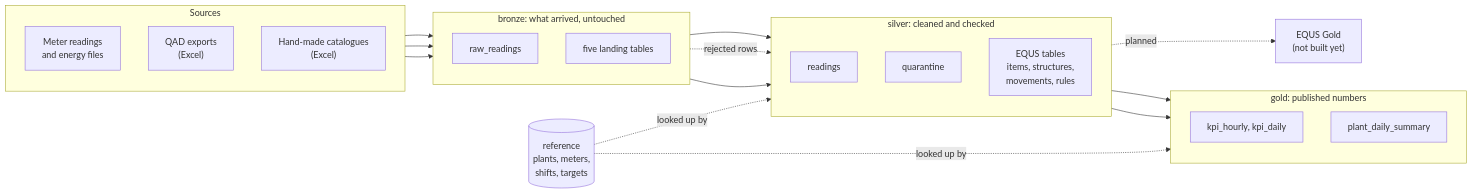
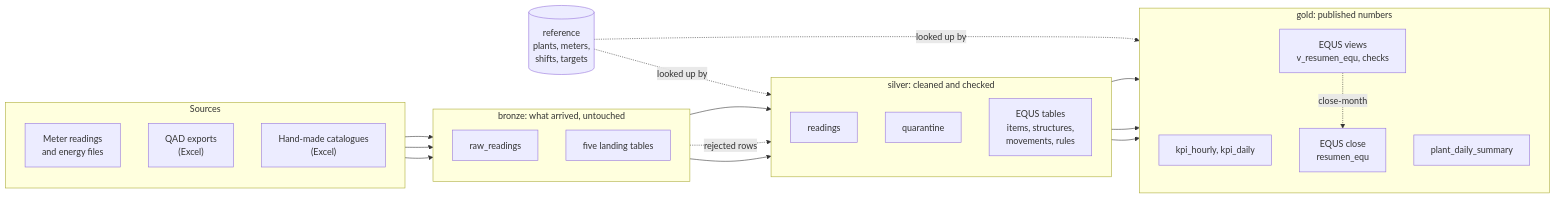
Before and after one commit to juanpablocarrillohortua/clarios_app: the first of 11 diagrams in docs/database_overview.md, drawn with Mermaid. The commit also changed other lines of this file and 32 other files, not shown here.

````diff
--- a/docs/database_overview.md
+++ b/docs/database_overview.md
@@ -35,40 +35,43 @@
 ```mermaid
 flowchart LR
     subgraph src["Sources"]
         direction TB
         M["Meter readings<br/>and energy files"]
         Q["QAD exports<br/>(Excel)"]
         H["Hand-made catalogues<br/>(Excel)"]
     end
 
     subgraph bronze["bronze: what arrived, untouched"]
         direction TB
         RR["raw_readings"]
         LT["five landing tables"]
     end
 
     subgraph silver["silver: cleaned and checked"]
         direction TB
         SR["readings"]
         SQ["quarantine"]
         ES["EQUS tables<br/>items, structures,<br/>movements, rules"]
     end
 
     subgraph gold["gold: published numbers"]
         direction TB
         GK["kpi_hourly, kpi_daily"]
         GS["plant_daily_summary"]
+        EG["EQUS views<br/>v_resumen_equ, checks"]
+        EC["EQUS close<br/>resumen_equ"]
     end
 
     REF[("reference<br/>plants, meters,<br/>shifts, targets")]
 
     M --> RR --> SR --> GK
     SR --> GS
     RR -. "rejected rows" .-> SQ
     Q --> LT
     H --> LT
     LT --> ES
-    ES -. "planned" .-> EQ["EQUS Gold<br/>(not built yet)"]
+    ES --> EG
+    EG -. "close-month" .-> EC
     REF -. "looked up by" .-> SR
     REF -. "looked up by" .-> GK
 ```
````
